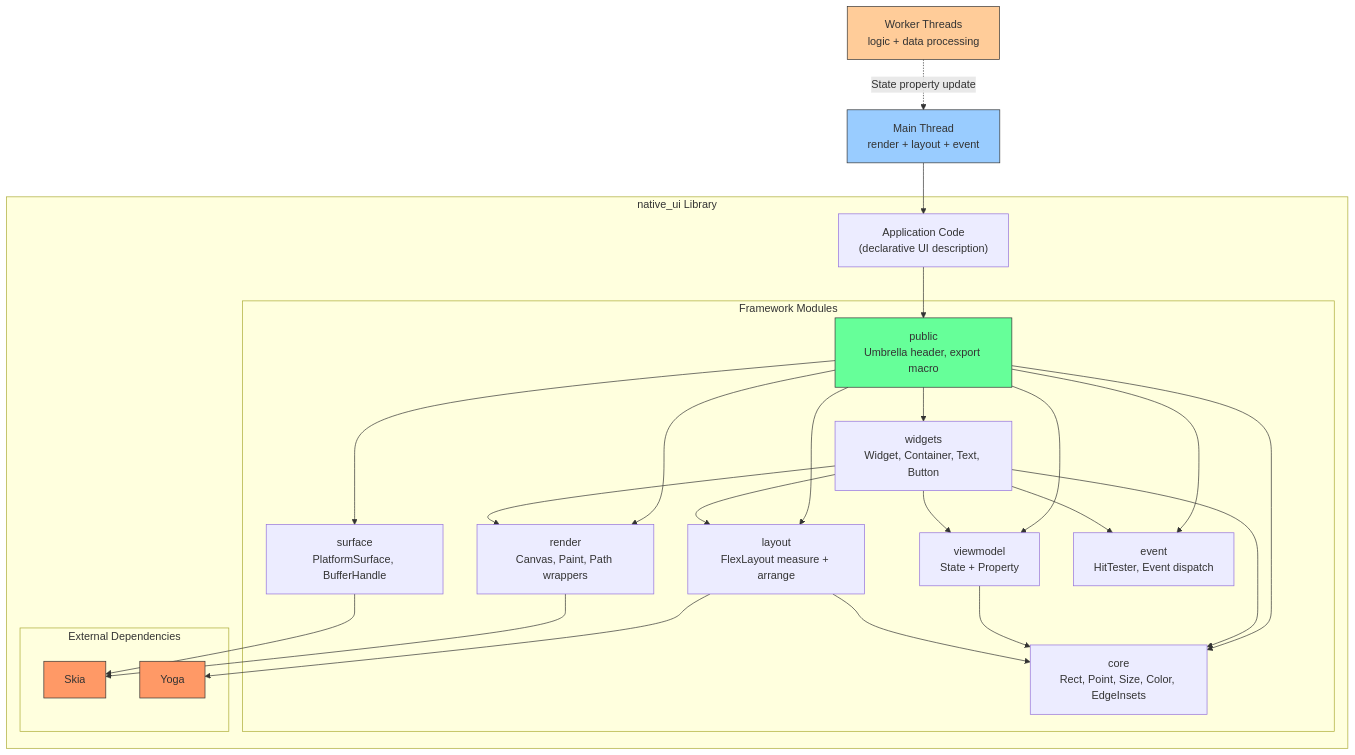
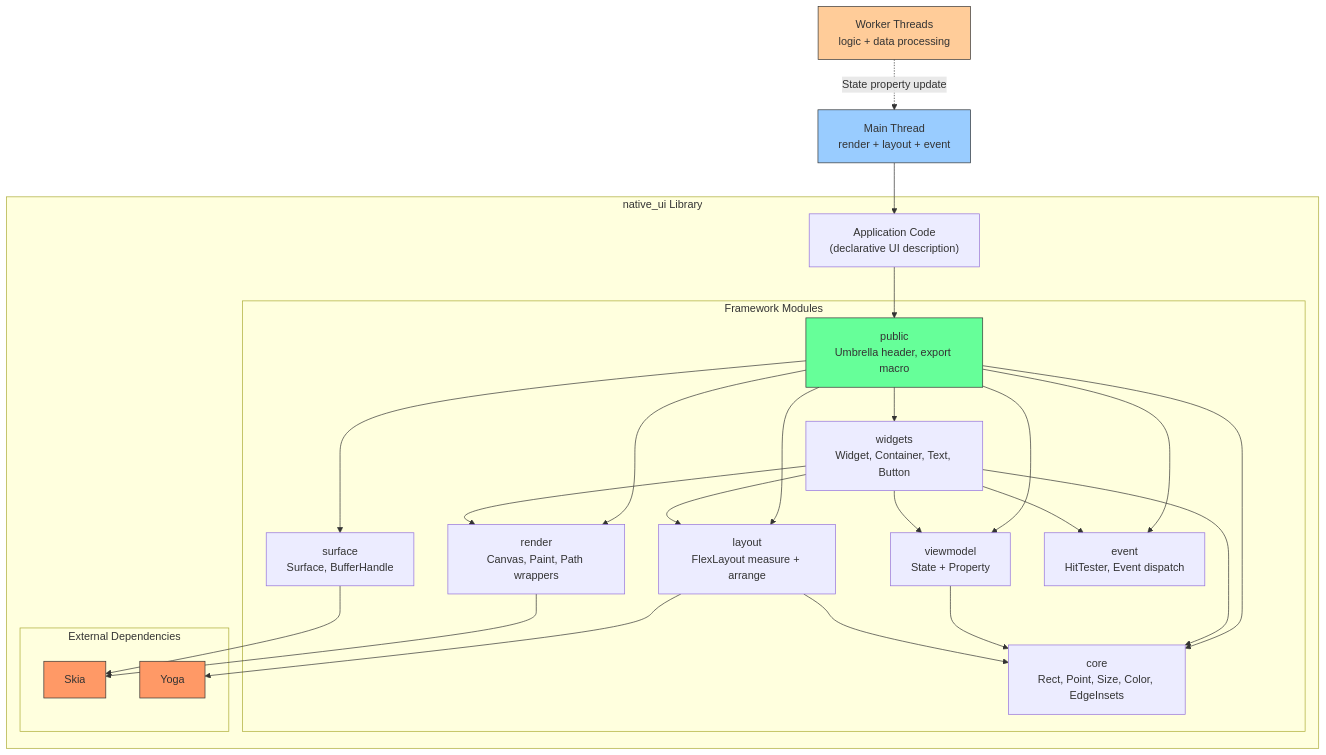
One commit to oxsource/native_ui changed the first of 7 diagrams in specs/002-architecture-engineering-design/plan.md. Above: the diagram before and after it, drawn with Mermaid. The commit also changed 6 other files, not shown here.

First line of the commit message:
docs(render): add Surface abstraction, rename DrawSimpleText→DrawText, PlatformSurface→Surface

````diff
--- a/specs/002-architecture-engineering-design/plan.md
+++ b/specs/002-architecture-engineering-design/plan.md
@@ -110,53 +110,53 @@
 ```mermaid
 graph TD
     subgraph "native_ui Library"
         APP["Application Code<br/>(declarative UI description)"]
         
         subgraph "Framework Modules"
             CORE["core<br/>Rect, Point, Size, Color, EdgeInsets"]
             LAYOUT["layout<br/>FlexLayout measure + arrange"]
             RENDER["render<br/>Canvas, Paint, Path wrappers"]
-            SURFACE["surface<br/>PlatformSurface, BufferHandle"]
+            SURFACE["surface<br/>Surface, BufferHandle"]
             WIDGETS["widgets<br/>Widget, Container, Text, Button"]
             VIEWMODEL["viewmodel<br/>State + Property<T>"]
             EVENT["event<br/>HitTester, Event dispatch"]
             PUBLIC["public<br/>Umbrella header, export macro"]
         end
         
         subgraph "External Dependencies"
             SKIA["Skia"]
             YOGA["Yoga"]
         end
         
         APP --> PUBLIC
         PUBLIC --> WIDGETS
         PUBLIC --> VIEWMODEL
         PUBLIC --> LAYOUT
         PUBLIC --> RENDER
         PUBLIC --> EVENT
         PUBLIC --> SURFACE
         PUBLIC --> CORE
         WIDGETS --> CORE
         WIDGETS --> VIEWMODEL
         WIDGETS --> LAYOUT
         WIDGETS --> RENDER
         WIDGETS --> EVENT
         VIEWMODEL --> CORE
         LAYOUT --> CORE
         LAYOUT --> YOGA
         RENDER --> SKIA
         SURFACE --> SKIA
     end
 
     MT["Main Thread<br/>render + layout + event"]
     WT["Worker Threads<br/>logic + data processing"]
 
     MT --> APP
     WT -.->|State property update| MT
 
     style SKIA fill:#f96,stroke:#333
     style YOGA fill:#f96,stroke:#333
     style PUBLIC fill:#6f9,stroke:#333
     style MT fill:#9cf,stroke:#333
     style WT fill:#fc9,stroke:#333
 ```
````
